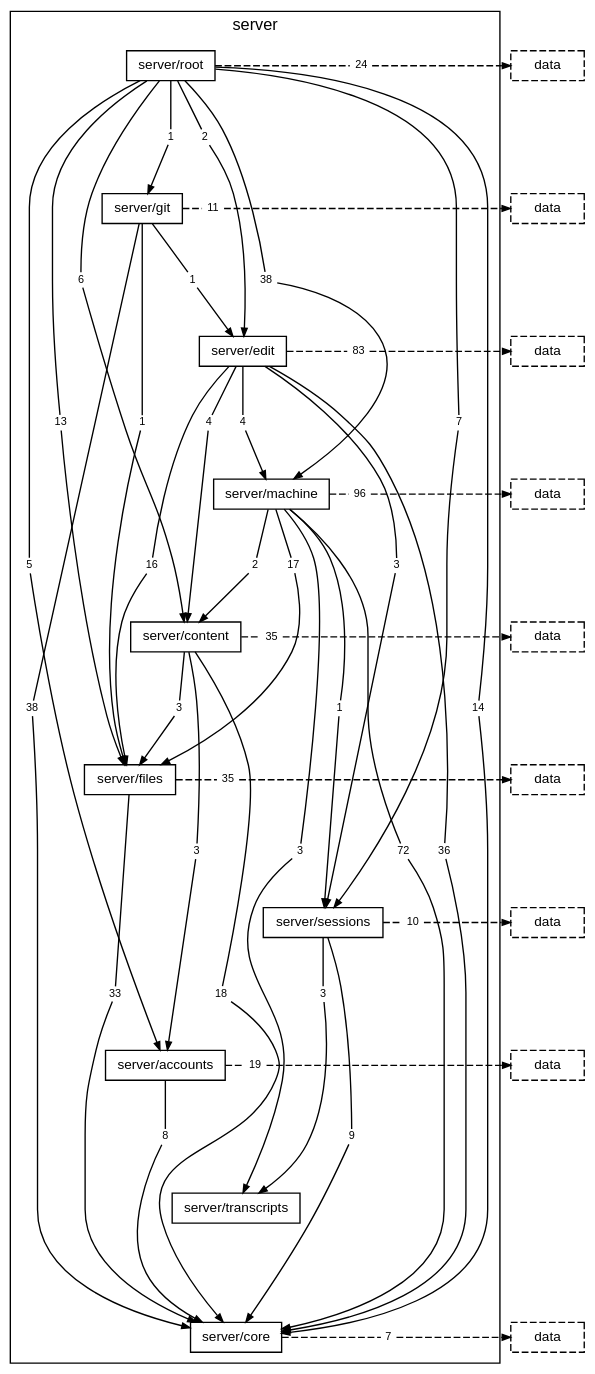
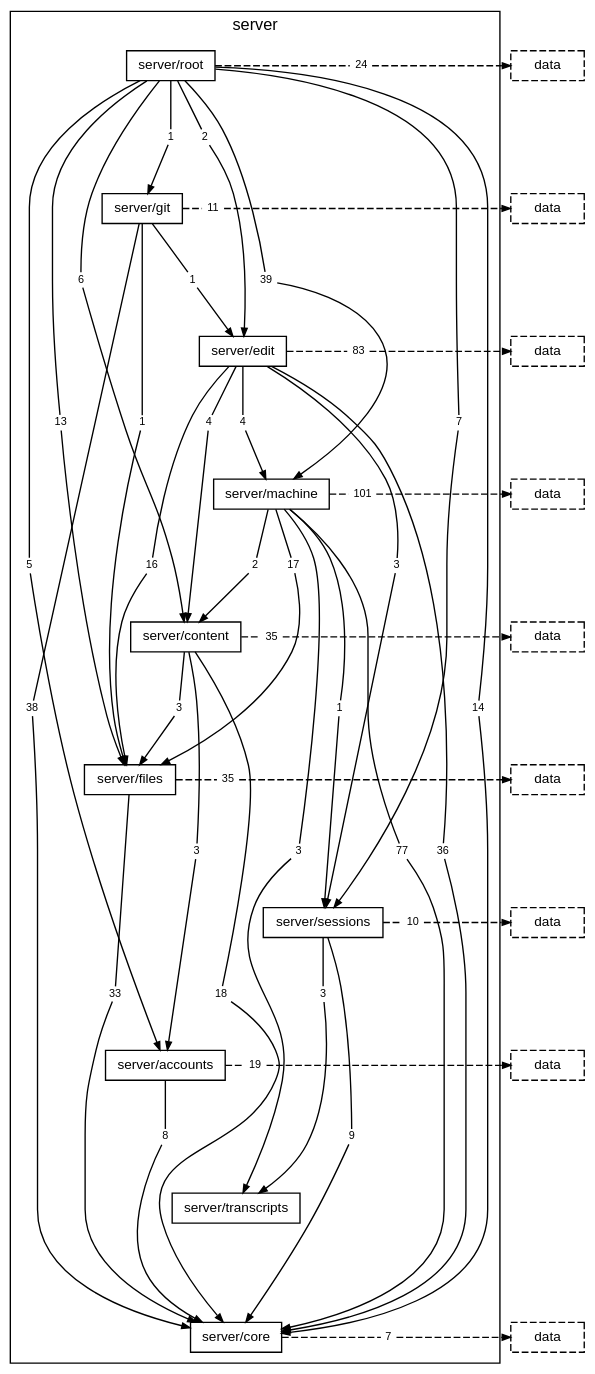
One commit to TheAxeC/oculus changed the diagram in docs/diagrams/layer-server.dot. Above: the diagram before and after it, drawn with Graphviz. The commit also changed 102 other files, not shown here.

```diff
--- a/docs/diagrams/layer-server.dot
+++ b/docs/diagrams/layer-server.dot
@@ -20,7 +20,7 @@
         "folder server/root to folder server/edit" [label="2", shape=box, color="transparent", fontsize=8, width=0, height=0, margin="0.04,0.02"];
         "folder server/root to folder server/files" [label="13", shape=box, color="transparent", fontsize=8, width=0, height=0, margin="0.04,0.02"];
         "folder server/root to folder server/git" [label="1", shape=box, color="transparent", fontsize=8, width=0, height=0, margin="0.04,0.02"];
-        "folder server/root to folder server/machine" [label="38", shape=box, color="transparent", fontsize=8, width=0, height=0, margin="0.04,0.02"];
+        "folder server/root to folder server/machine" [label="39", shape=box, color="transparent", fontsize=8, width=0, height=0, margin="0.04,0.02"];
         "folder server/root to folder server/sessions" [label="7", shape=box, color="transparent", fontsize=8, width=0, height=0, margin="0.04,0.02"];
         "folder server/root to layer data" [label="24", shape=box, color="transparent", fontsize=8, width=0, height=0, margin="0.04,0.02"];
         "folder server/git to folder server/core" [label="38", shape=box, color="transparent", fontsize=8, width=0, height=0, margin="0.04,0.02"];
@@ -34,11 +34,11 @@
         "folder server/edit to folder server/sessions" [label="3", shape=box, color="transparent", fontsize=8, width=0, height=0, margin="0.04,0.02"];
         "folder server/edit to layer data" [label="83", shape=box, color="transparent", fontsize=8, width=0, height=0, margin="0.04,0.02"];
         "folder server/machine to folder server/content" [label="2", shape=box, color="transparent", fontsize=8, width=0, height=0, margin="0.04,0.02"];
-        "folder server/machine to folder server/core" [label="72", shape=box, color="transparent", fontsize=8, width=0, height=0, margin="0.04,0.02"];
+        "folder server/machine to folder server/core" [label="77", shape=box, color="transparent", fontsize=8, width=0, height=0, margin="0.04,0.02"];
         "folder server/machine to folder server/files" [label="17", shape=box, color="transparent", fontsize=8, width=0, height=0, margin="0.04,0.02"];
         "folder server/machine to folder server/sessions" [label="1", shape=box, color="transparent", fontsize=8, width=0, height=0, margin="0.04,0.02"];
         "folder server/machine to folder server/transcripts" [label="3", shape=box, color="transparent", fontsize=8, width=0, height=0, margin="0.04,0.02"];
-        "folder server/machine to layer data" [label="96", shape=box, color="transparent", fontsize=8, width=0, height=0, margin="0.04,0.02"];
+        "folder server/machine to layer data" [label="101", shape=box, color="transparent", fontsize=8, width=0, height=0, margin="0.04,0.02"];
         "folder server/content to folder server/accounts" [label="3", shape=box, color="transparent", fontsize=8, width=0, height=0, margin="0.04,0.02"];
         "folder server/content to folder server/core" [label="18", shape=box, color="transparent", fontsize=8, width=0, height=0, margin="0.04,0.02"];
         "folder server/content to folder server/files" [label="3", shape=box, color="transparent", fontsize=8, width=0, height=0, margin="0.04,0.02"];
```
